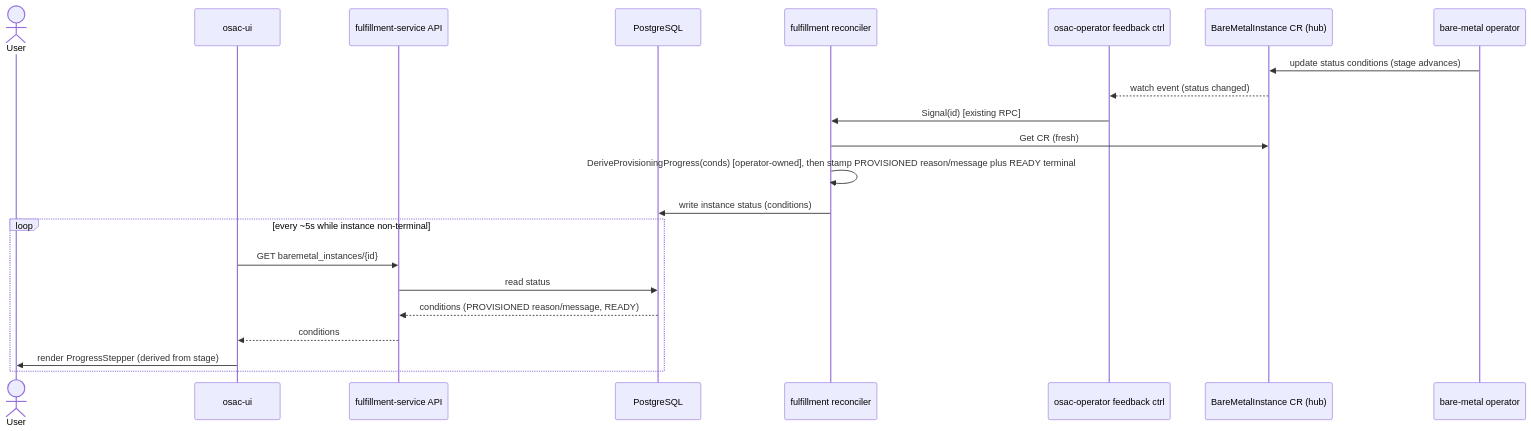
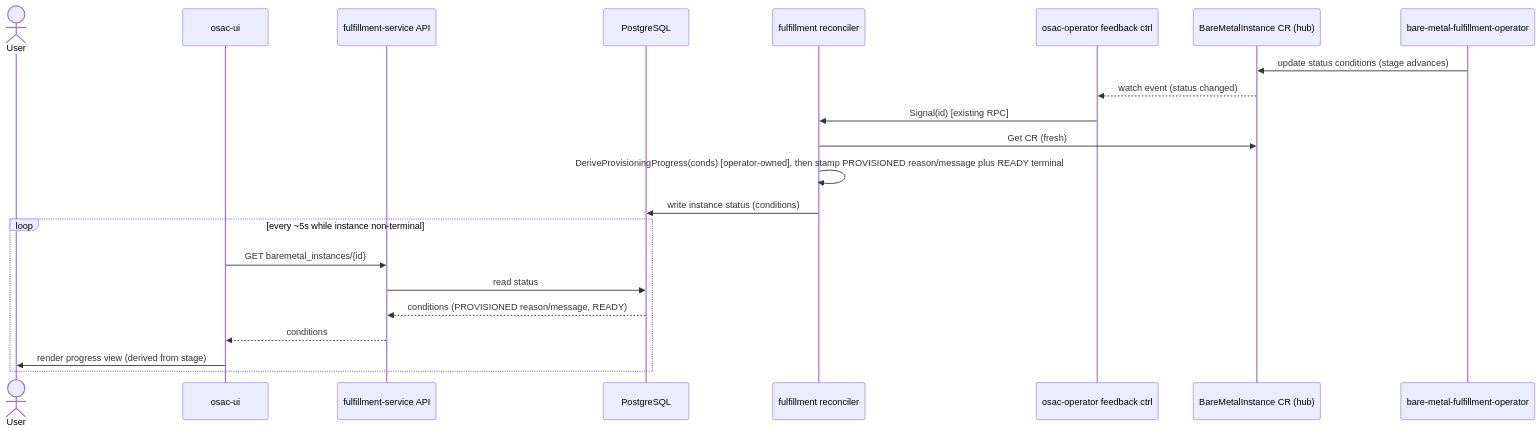
Before and after one commit to osac-project/enhancement-proposals: the first of 2 diagrams in enhancements/OSAC-3459-bmaas-provisioning-progress/design.md, drawn with Mermaid. The commit also changed other lines of this file, not shown here.

````diff
--- a/enhancements/OSAC-3459-bmaas-provisioning-progress/design.md
+++ b/enhancements/OSAC-3459-bmaas-provisioning-progress/design.md
@@ -259,25 +261,25 @@
 ```mermaid
 sequenceDiagram
     actor User
     participant UI as osac-ui
     participant API as fulfillment-service API
     participant DB as PostgreSQL
     participant Rec as fulfillment reconciler
     participant FB as osac-operator feedback ctrl
     participant Hub as BareMetalInstance CR (hub)
-    participant Op as bare-metal operator
+    participant Op as bare-metal-fulfillment-operator
 
     Op->>Hub: update status conditions (stage advances)
     Hub-->>FB: watch event (status changed)
     FB->>Rec: Signal(id) [existing RPC]
     Rec->>Hub: Get CR (fresh)
     Rec->>Rec: DeriveProvisioningProgress(conds) [operator-owned], then stamp PROVISIONED reason/message plus READY terminal
     Rec->>DB: write instance status (conditions)
     loop every ~5s while instance non-terminal
         UI->>API: GET baremetal_instances/{id}
         API->>DB: read status
         DB-->>API: conditions (PROVISIONED reason/message, READY)
         API-->>UI: conditions
-        UI->>User: render ProgressStepper (derived from stage)
+        UI->>User: render progress view (derived from stage)
     end
 ```
````
